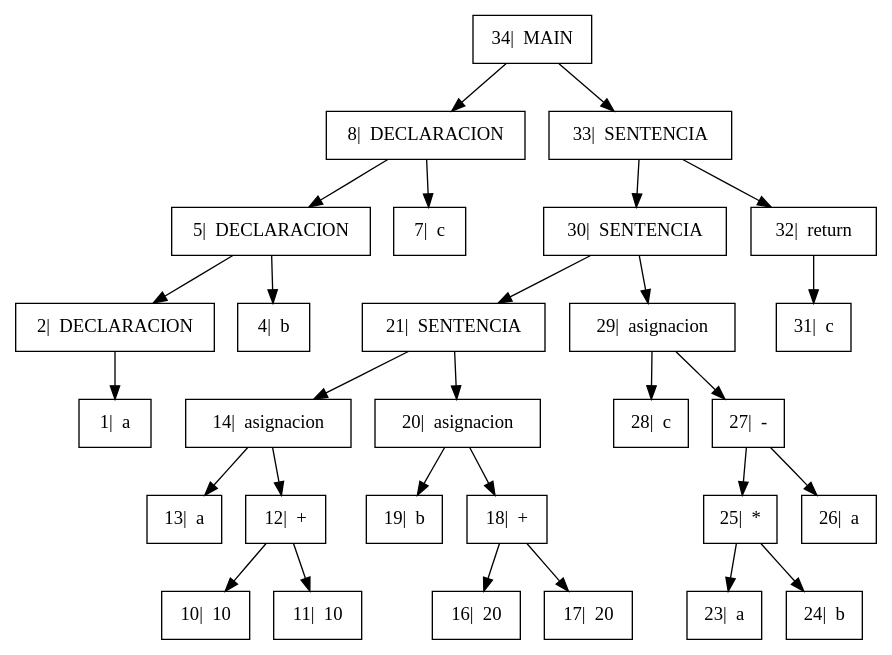
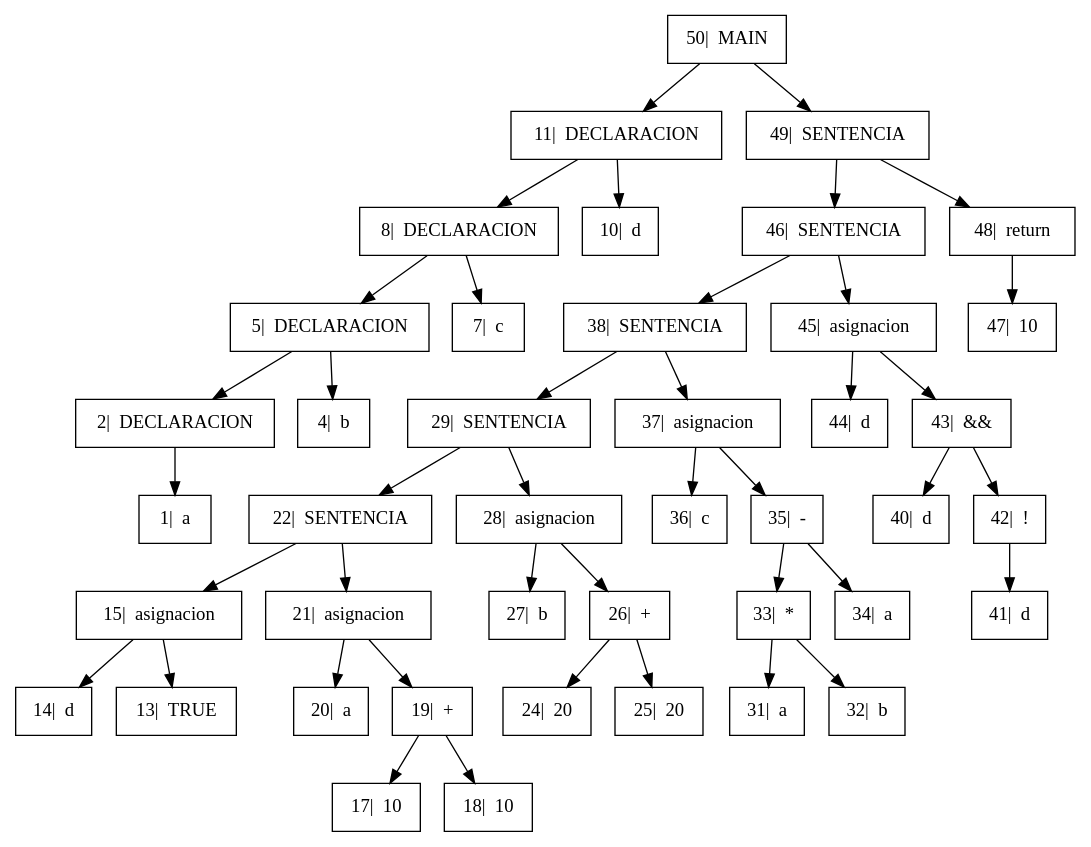
One commit to GiovA07/PRE-PROYECTO-COMPILADORES changed the diagram in Proyecto/Arbol.dot. Above: the diagram before and after it, drawn with Graphviz. The commit also changed 6 other files, not shown here.

```diff
--- a/Proyecto/Arbol.dot
+++ b/Proyecto/Arbol.dot
@@ -1,21 +1,28 @@
 digraph{
 
 rankdir=TB;
 
 node[shape=box];
-"34|  MAIN" -> "8|  DECLARACION", "33|  SENTENCIA";
+"50|  MAIN" -> "11|  DECLARACION", "49|  SENTENCIA";
+"11|  DECLARACION" -> "8|  DECLARACION", "10|  d";
 "8|  DECLARACION" -> "5|  DECLARACION", "7|  c";
 "5|  DECLARACION" -> "2|  DECLARACION", "4|  b";
 "2|  DECLARACION" -> "1|  a" ;
-"33|  SENTENCIA" -> "30|  SENTENCIA", "32|  return";
-"30|  SENTENCIA" -> "21|  SENTENCIA", "29|  asignacion";
-"21|  SENTENCIA" -> "14|  asignacion", "20|  asignacion";
-"14|  asignacion" -> "13|  a", "12|  +";
-"12|  +" -> "10|  10", "11|  10";
-"20|  asignacion" -> "19|  b", "18|  +";
-"18|  +" -> "16|  20", "17|  20";
-"29|  asignacion" -> "28|  c", "27|  -";
-"27|  -" -> "25|  *", "26|  a";
-"25|  *" -> "23|  a", "24|  b";
-"32|  return" -> "31|  c" ;
+"49|  SENTENCIA" -> "46|  SENTENCIA", "48|  return";
+"46|  SENTENCIA" -> "38|  SENTENCIA", "45|  asignacion";
+"38|  SENTENCIA" -> "29|  SENTENCIA", "37|  asignacion";
+"29|  SENTENCIA" -> "22|  SENTENCIA", "28|  asignacion";
+"22|  SENTENCIA" -> "15|  asignacion", "21|  asignacion";
+"15|  asignacion" -> "14|  d", "13|  TRUE";
+"21|  asignacion" -> "20|  a", "19|  +";
+"19|  +" -> "17|  10", "18|  10";
+"28|  asignacion" -> "27|  b", "26|  +";
+"26|  +" -> "24|  20", "25|  20";
+"37|  asignacion" -> "36|  c", "35|  -";
+"35|  -" -> "33|  *", "34|  a";
+"33|  *" -> "31|  a", "32|  b";
+"45|  asignacion" -> "44|  d", "43|  &&";
+"43|  &&" -> "40|  d", "42|  !";
+"42|  !" -> "41|  d" ;
+"48|  return" -> "47|  10" ;
 }
```
